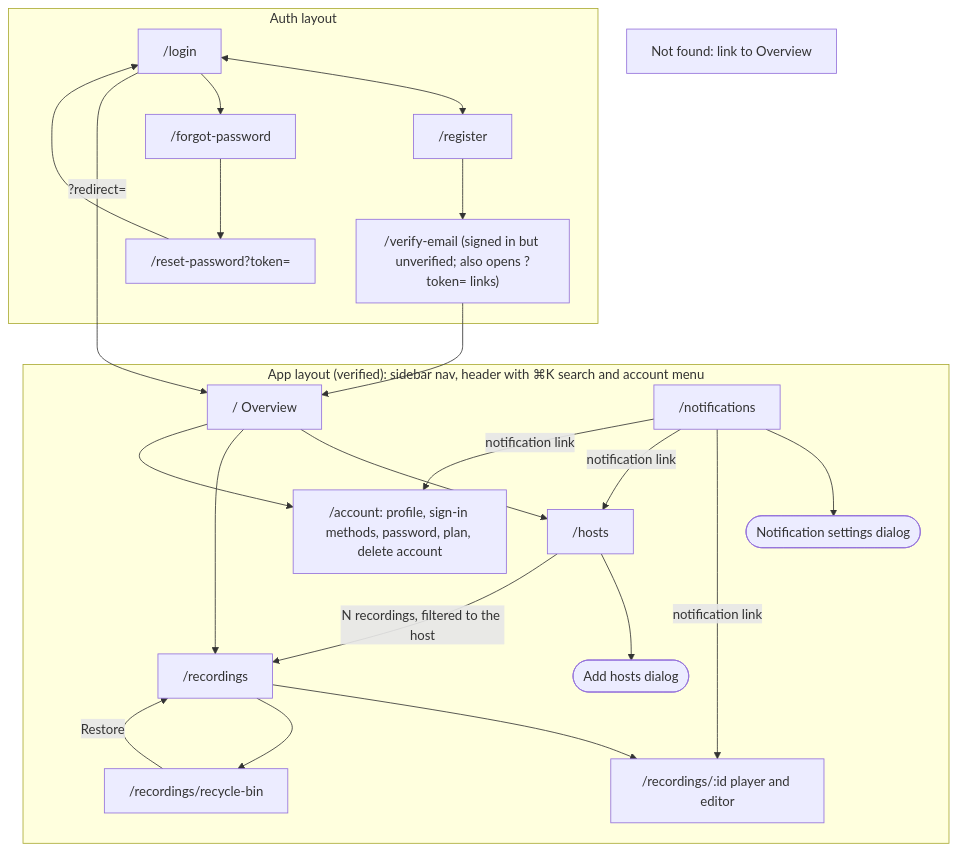
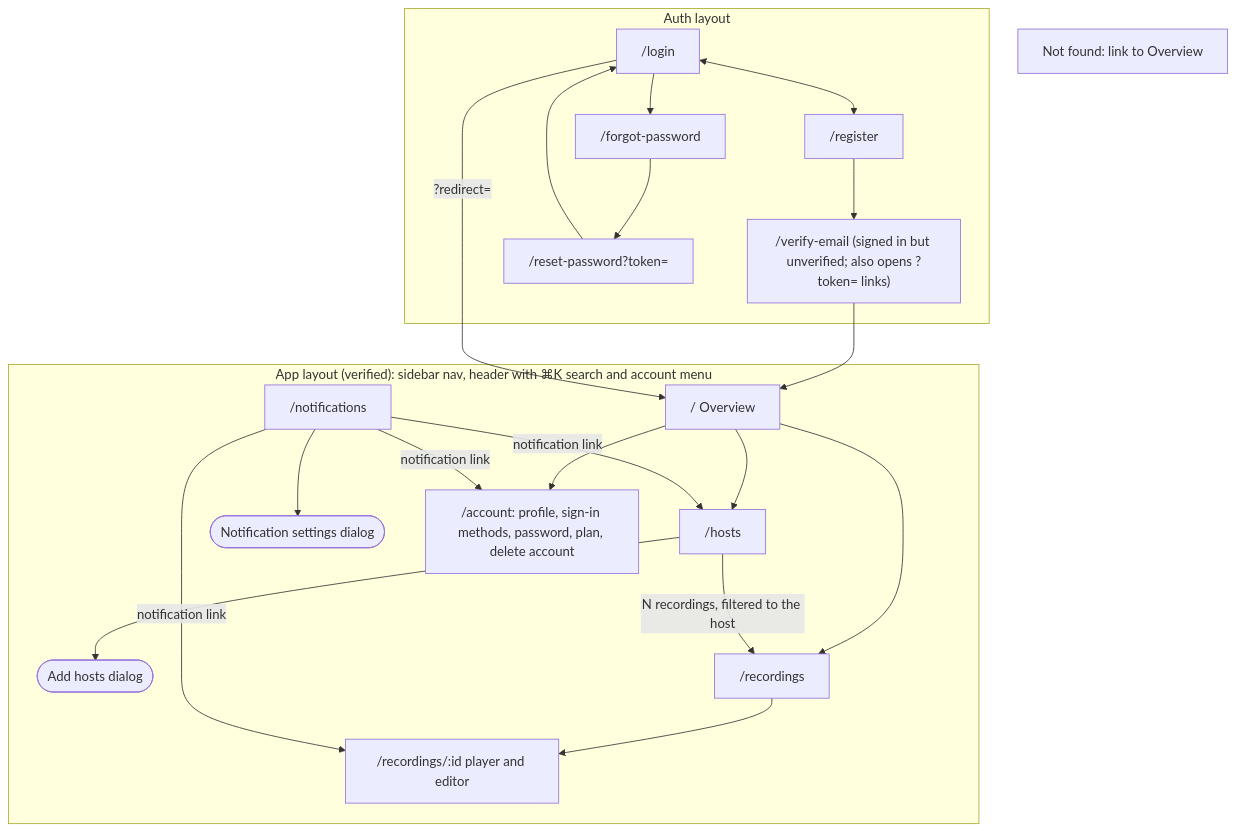
Before and after one commit to binhld98/AutoRecordLive: the first of 2 diagrams in docs/user-flows.md, drawn with Mermaid. The commit also changed other lines of this file and 5 other files, not shown here.

Commit message:
docs: drop recording removal and recycle bin (#12)

````diff
--- a/docs/user-flows.md
+++ b/docs/user-flows.md
@@ -24,35 +24,32 @@
 ```mermaid
 flowchart TD
   subgraph Public["Auth layout"]
     login["/login"]
     register["/register"]
     verify["/verify-email (signed in but unverified; also opens ?token= links)"]
     forgot["/forgot-password"]
     reset["/reset-password?token="]
   end
   subgraph App["App layout (verified): sidebar nav, header with ⌘K search and account menu"]
     overview["/ Overview"]
     hosts["/hosts"]
     add(["Add hosts dialog"])
     recs["/recordings"]
-    bin["/recordings/recycle-bin"]
     rec["/recordings/:id player and editor"]
     notifs["/notifications"]
     nsettings(["Notification settings dialog"])
     account["/account: profile, sign-in methods, password, plan, delete account"]
   end
   notfound["Not found: link to Overview"]
 
   login <--> register
   login --> forgot --> reset --> login
   register --> verify --> overview
   login -- "?redirect=" --> overview
   overview --> hosts & recs & account
   hosts --> add
   hosts -- "N recordings, filtered to the host" --> recs
   recs --> rec
-  recs --> bin
-  bin -- "Restore" --> recs
   notifs --> nsettings
   notifs -- "notification link" --> rec & hosts & account
 ```
````
